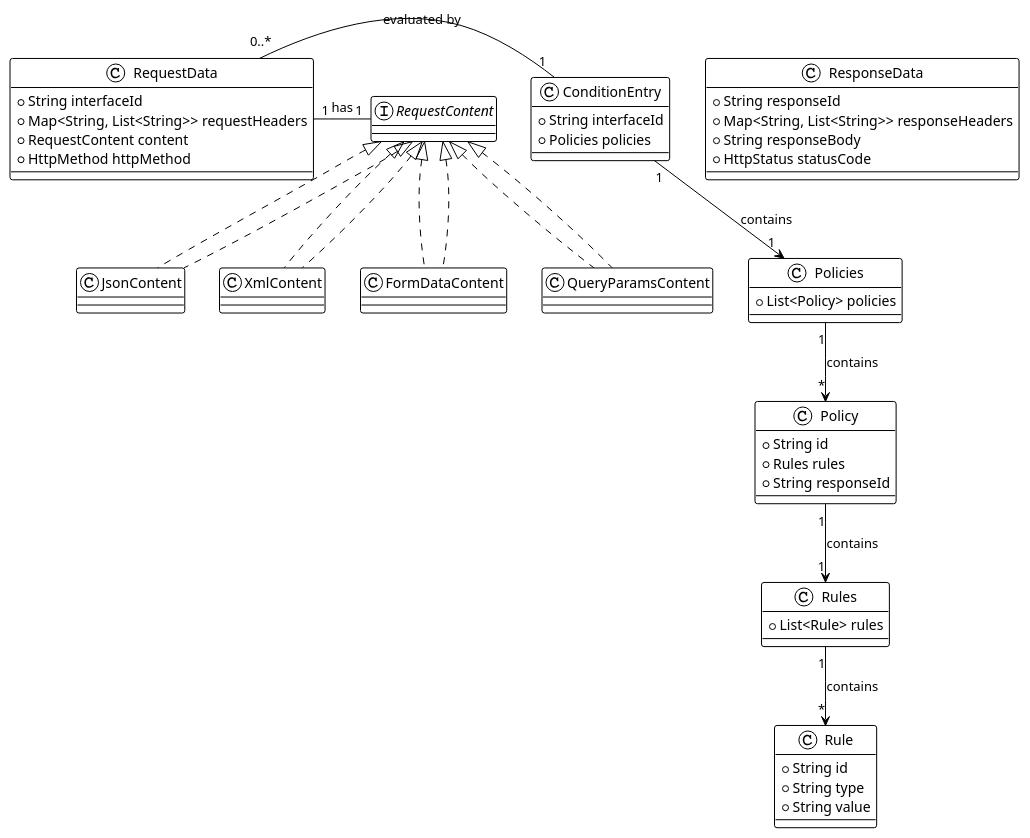
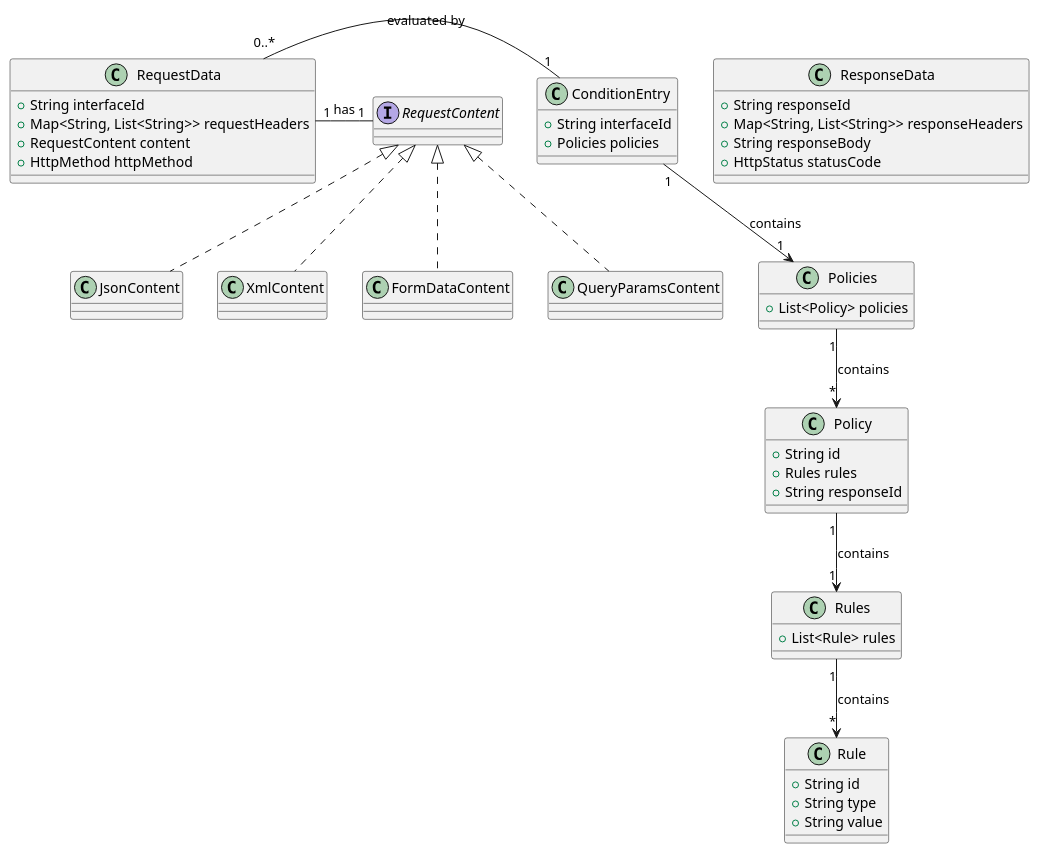
The diagram in sample-ec-site/backend/simulator/simulator.puml (myou0801/web-site-architecture), drawn with PlantUML before and after one commit. The commit also changed 31 other files, not shown here.

```diff
--- a/sample-ec-site/backend/simulator/simulator.puml
+++ b/sample-ec-site/backend/simulator/simulator.puml
@@ -1,70 +1,64 @@
 @startuml
-!theme plain
 
 interface RequestContent {
 }
 
 class JsonContent implements RequestContent {
 }
 
 class XmlContent implements RequestContent {
 }
 
 class FormDataContent implements RequestContent {
 }
 
 class QueryParamsContent implements RequestContent {
 }
 
 class ConditionEntry {
   +String interfaceId
   +Policies policies
 }
 
 class Policies {
   +List<Policy> policies
 }
 
 class Policy {
   +String id
   +Rules rules
   +String responseId
 }
 
 class Rules {
   +List<Rule> rules
 }
 
 class Rule {
   +String id
   +String type
   +String value
 }
 
 class ResponseData {
   +String responseId
   +Map<String, List<String>> responseHeaders
   +String responseBody
   +HttpStatus statusCode
 }
 
 class RequestData {
   +String interfaceId
   +Map<String, List<String>> requestHeaders
   +RequestContent content
   +HttpMethod httpMethod
 }
 
-
 ConditionEntry "1" --> "1" Policies : contains
 Policies "1" --> "*" Policy : contains
 Policy "1" --> "1" Rules : contains
 Rules "1" --> "*" Rule : contains
 RequestData "0..*" - "1" ConditionEntry : evaluated by
 RequestData "1" - "1" RequestContent : has
-RequestContent <|.. JsonContent
-RequestContent <|.. XmlContent
-RequestContent <|.. FormDataContent
-RequestContent <|.. QueryParamsContent
 
 @enduml
```
